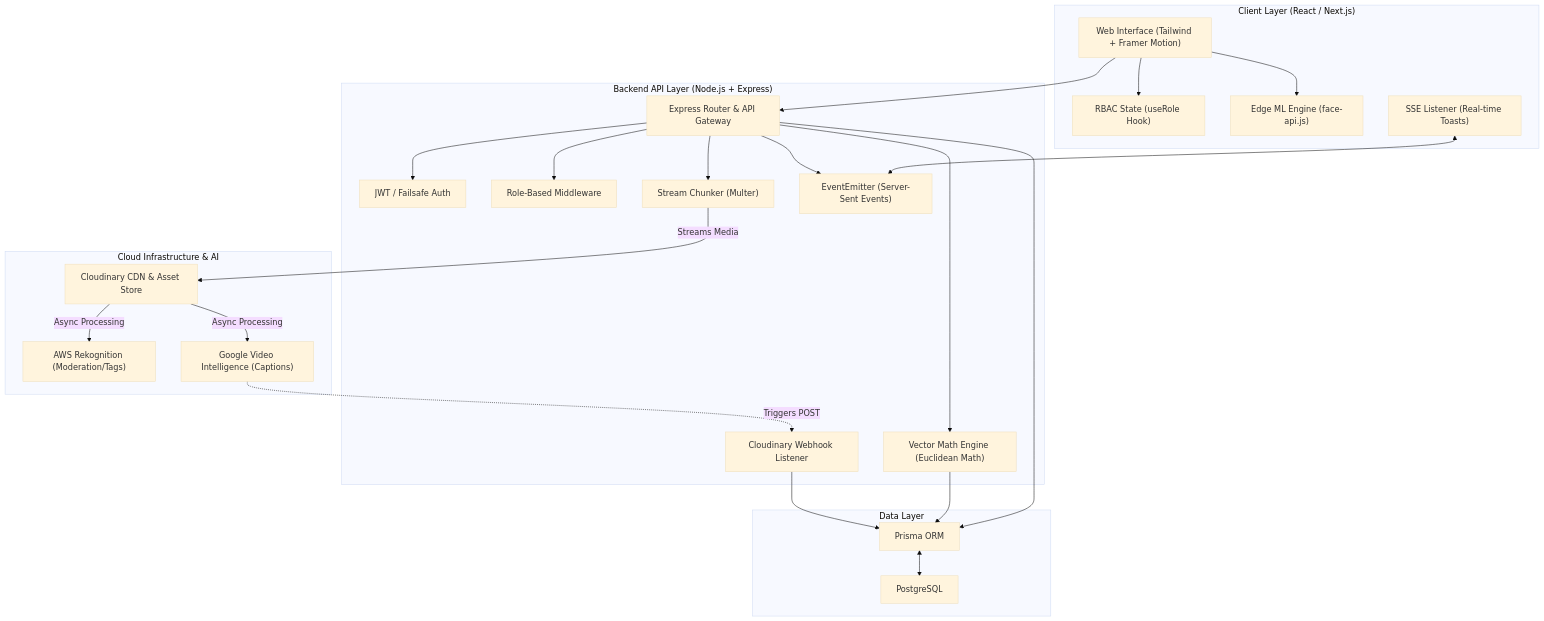
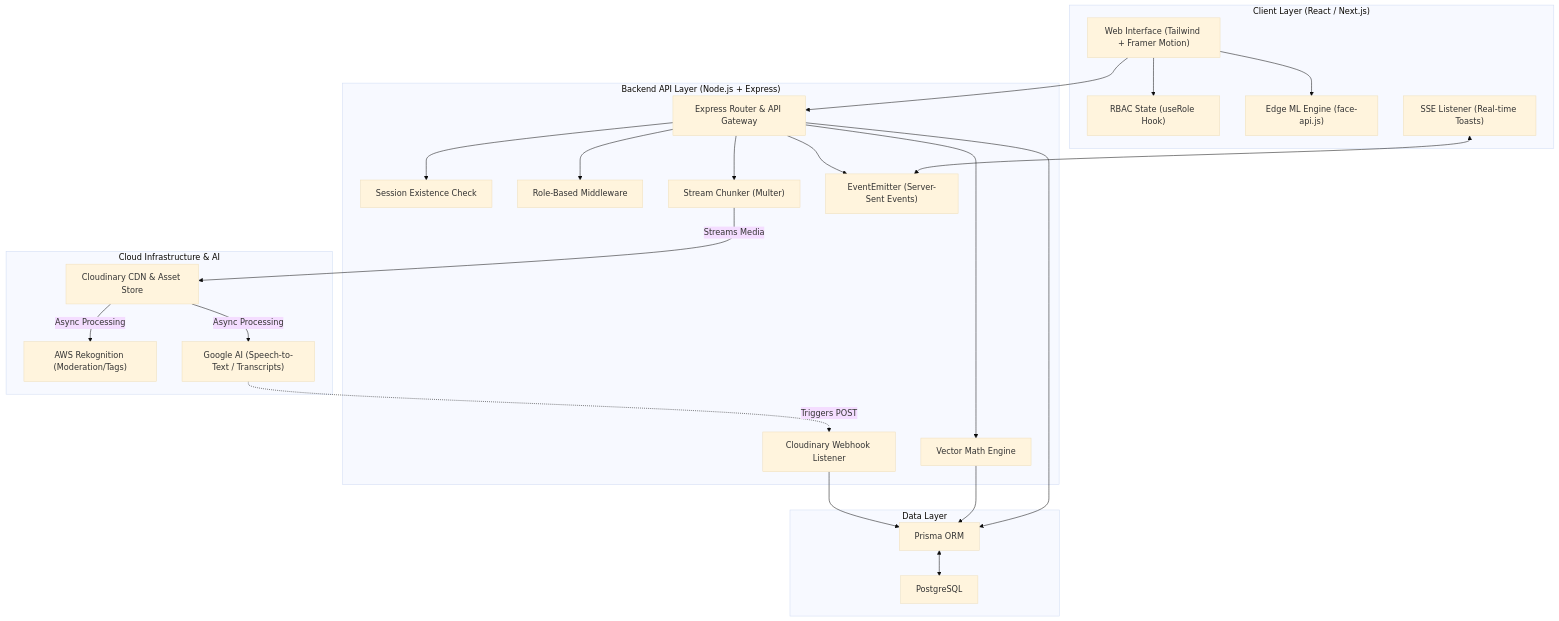
The first of 3 diagrams in ARCHITECTURE.md (Shy-Rez/EventLens), drawn with Mermaid (base theme) before and after one commit. The commit also changed other lines of this file and 3 other files, not shown here.

Commit message:
docs: update API, ARCHITECTURE, and SCHEMA to reflect current state

````diff
--- a/ARCHITECTURE.md
+++ b/ARCHITECTURE.md
@@ -7,52 +7,52 @@
 ```mermaid
 flowchart TB
   subgraph Client["Client Layer (React / Next.js)"]
     Web["Web Interface (Tailwind + Framer Motion)"]
     State["RBAC State (useRole Hook)"]
     ML_Client["Edge ML Engine (face-api.js)"]
     SSE_Listener["SSE Listener (Real-time Toasts)"]
   end
 
   subgraph API["Backend API Layer (Node.js + Express)"]
     Gateway["Express Router & API Gateway"]
-    Auth["JWT / Failsafe Auth"]
+    Auth["Session Existence Check"]
     RBAC["Role-Based Middleware"]
     UploadController["Stream Chunker (Multer)"]
-    VectorEngine["Vector Math Engine (Euclidean Math)"]
+    VectorEngine["Vector Math Engine"]
     SSE_Emitter["EventEmitter (Server-Sent Events)"]
     Webhook["Cloudinary Webhook Listener"]
   end
 
   subgraph Data["Data Layer"]
     Postgres["PostgreSQL"]
     Prisma["Prisma ORM"]
   end
 
   subgraph Cloud["Cloud Infrastructure & AI"]
     Cloudinary["Cloudinary CDN & Asset Store"]
     AWSRek["AWS Rekognition (Moderation/Tags)"]
-    GoogleAI["Google Video Intelligence (Captions)"]
+    GoogleAI["Google AI (Speech-to-Text / Transcripts)"]
   end
 
   Web --> State
   Web --> ML_Client
   Web --> Gateway
   SSE_Listener <--> SSE_Emitter
 
   Gateway --> Auth
   Gateway --> RBAC
   Gateway --> Prisma
   Gateway --> VectorEngine
   VectorEngine --> Prisma
   Prisma <--> Postgres
 
   Gateway --> UploadController
   UploadController -->|Streams Media| Cloudinary
   Cloudinary -->|Async Processing| AWSRek
   Cloudinary -->|Async Processing| GoogleAI
   
   GoogleAI -.->|Triggers POST| Webhook
   Webhook --> Prisma
   
   Gateway --> SSE_Emitter
 ```
````
